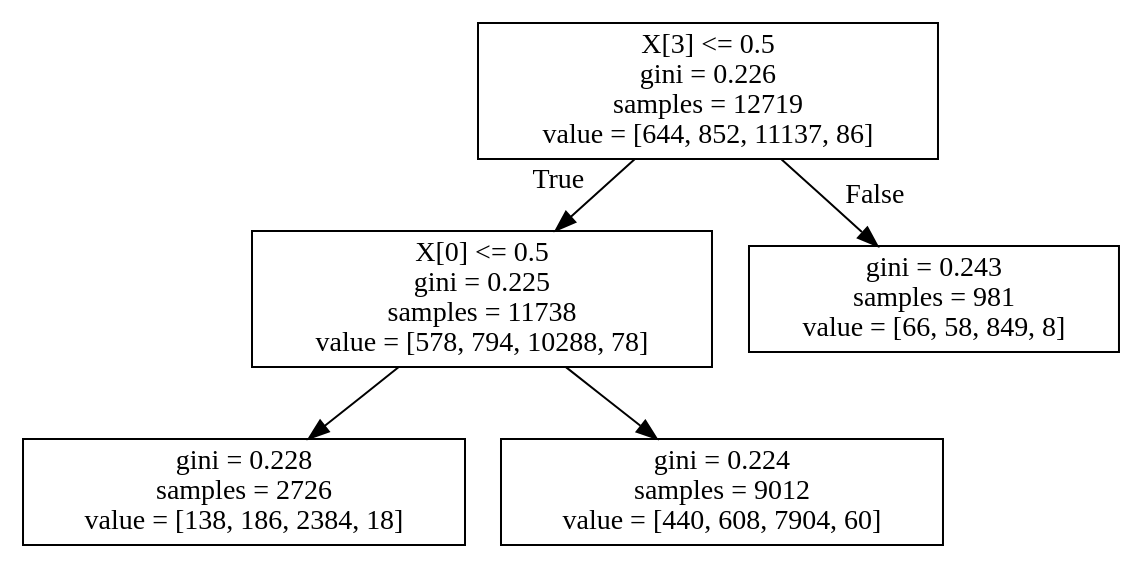
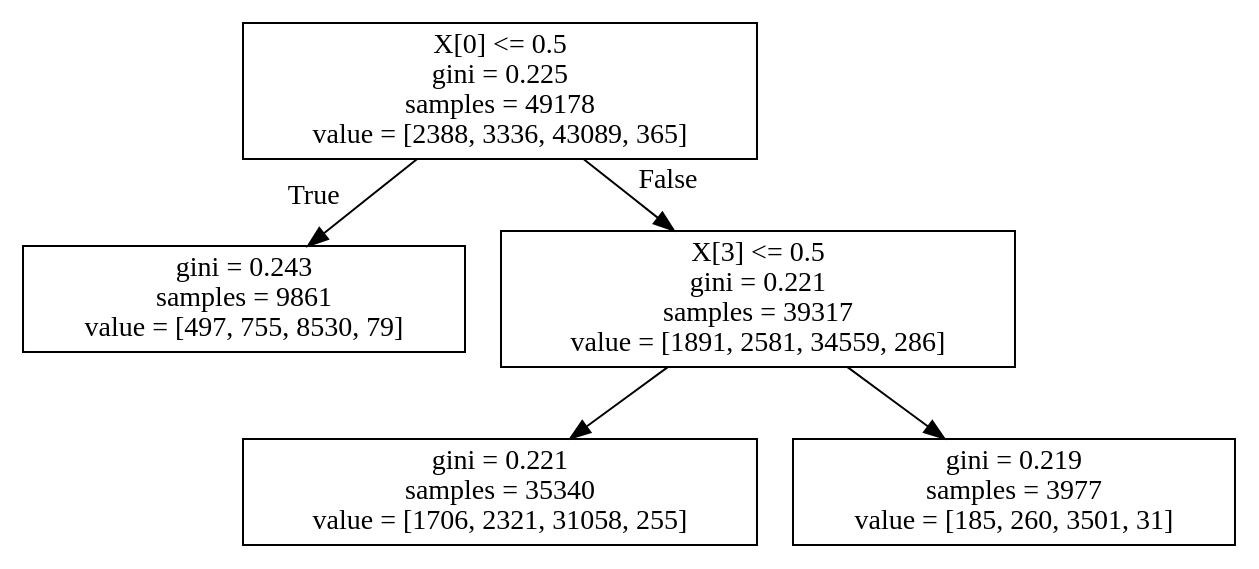
The diagram in data/vizdoom/ppo/0003r1+vizdoo_config_file=vi_en_as_sc_de_th_li.cfg+max_depth=6+n_batch_rollou=10+max_samples=200000+max_iters=80+train_frac=0.8+is_reweight=True/dt_policy.dot (jesbu1/viper), drawn with Graphviz before and after one commit. The commit also changed 455 other files, not shown here.

```diff
--- a/data/vizdoom/ppo/0003r1+vizdoo_config_file=vi_en_as_sc_de_th_li.cfg+max_depth=6+n_batch_rollou=10+max_samples=200000+max_iters=80+train_frac=0.8+is_reweight=True/dt_policy.dot
+++ b/data/vizdoom/ppo/0003r1+vizdoo_config_file=vi_en_as_sc_de_th_li.cfg+max_depth=6+n_batch_rollou=10+max_samples=200000+max_iters=80+train_frac=0.8+is_reweight=True/dt_policy.dot
@@ -1,12 +1,12 @@
 digraph Tree {
 node [shape=box] ;
-0 [label="X[3] <= 0.5\ngini = 0.226\nsamples = 12719\nvalue = [644, 852, 11137, 86]"] ;
-1 [label="X[0] <= 0.5\ngini = 0.225\nsamples = 11738\nvalue = [578, 794, 10288, 78]"] ;
+0 [label="X[0] <= 0.5\ngini = 0.225\nsamples = 49178\nvalue = [2388, 3336, 43089, 365]"] ;
+1 [label="gini = 0.243\nsamples = 9861\nvalue = [497, 755, 8530, 79]"] ;
 0 -> 1 [labeldistance=2.5, labelangle=45, headlabel="True"] ;
-2 [label="gini = 0.228\nsamples = 2726\nvalue = [138, 186, 2384, 18]"] ;
-1 -> 2 ;
-3 [label="gini = 0.224\nsamples = 9012\nvalue = [440, 608, 7904, 60]"] ;
-1 -> 3 ;
-4 [label="gini = 0.243\nsamples = 981\nvalue = [66, 58, 849, 8]"] ;
-0 -> 4 [labeldistance=2.5, labelangle=-45, headlabel="False"] ;
+2 [label="X[3] <= 0.5\ngini = 0.221\nsamples = 39317\nvalue = [1891, 2581, 34559, 286]"] ;
+0 -> 2 [labeldistance=2.5, labelangle=-45, headlabel="False"] ;
+3 [label="gini = 0.221\nsamples = 35340\nvalue = [1706, 2321, 31058, 255]"] ;
+2 -> 3 ;
+4 [label="gini = 0.219\nsamples = 3977\nvalue = [185, 260, 3501, 31]"] ;
+2 -> 4 ;
 }
```
